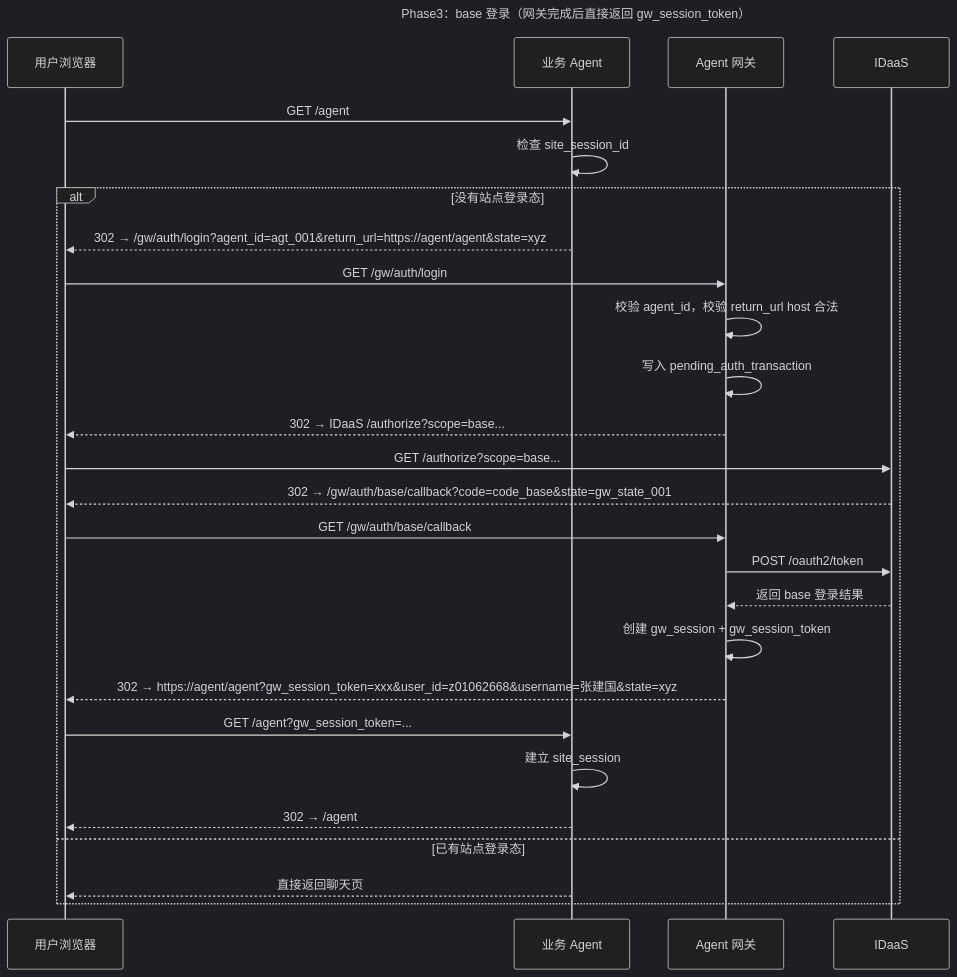
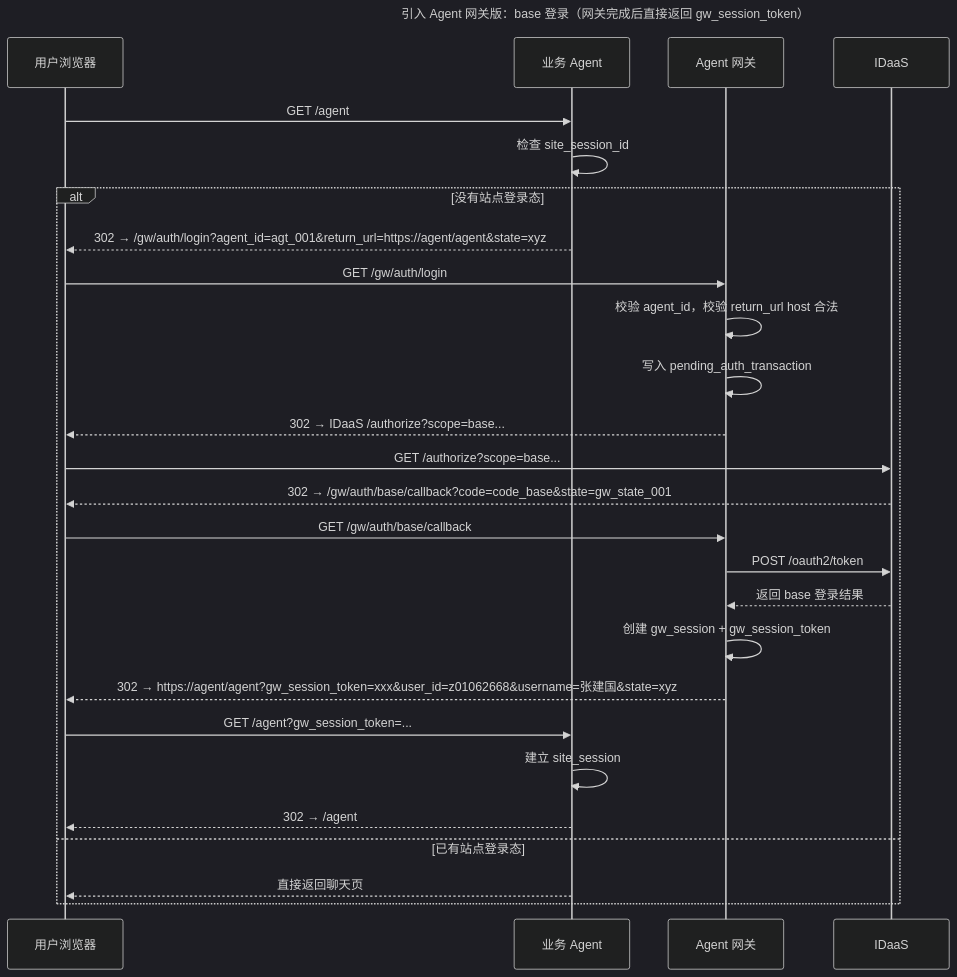
One commit to xuning117634-ux/auth-design-spec changed the first of 2 diagrams in docs/design/final_design/04_接口设计.md. Above: the diagram before and after it, drawn with Mermaid (dark theme). The commit also changed other lines of this file and 1 other file, not shown here.

Commit message:
接口文档更新

````diff
--- a/docs/design/final_design/04_接口设计.md
+++ b/docs/design/final_design/04_接口设计.md
@@ -83,31 +83,31 @@
 ```mermaid
 sequenceDiagram
-    title Phase3：base 登录（网关完成后直接返回 gw_session_token）
+    title 引入 Agent 网关版：base 登录（网关完成后直接返回 gw_session_token）
     participant 用户 as 用户浏览器
     participant Agent as 业务 Agent
     participant GW as Agent 网关
     participant IDaaS as IDaaS
 
     用户->>Agent: GET /agent
     Agent->>Agent: 检查 site_session_id
 
     alt 没有站点登录态
         Agent-->>用户: 302 → /gw/auth/login?agent_id=agt_001&return_url=https://agent/agent&state=xyz
         用户->>GW: GET /gw/auth/login
         GW->>GW: 校验 agent_id，校验 return_url host 合法
         GW->>GW: 写入 pending_auth_transaction
         GW-->>用户: 302 → IDaaS /authorize?scope=base...
         用户->>IDaaS: GET /authorize?scope=base...
         IDaaS-->>用户: 302 → /gw/auth/base/callback?code=code_base&state=gw_state_001
         用户->>GW: GET /gw/auth/base/callback
         GW->>IDaaS: POST /oauth2/token
         IDaaS-->>GW: 返回 base 登录结果
         GW->>GW: 创建 gw_session + gw_session_token
         GW-->>用户: 302 → https://agent/agent?gw_session_token=xxx&user_id=z01062668&username=张建国&state=xyz
         用户->>Agent: GET /agent?gw_session_token=...
         Agent->>Agent: 建立 site_session
         Agent-->>用户: 302 → /agent
     else 已有站点登录态
         Agent-->>用户: 直接返回聊天页
     end
 ```
````
